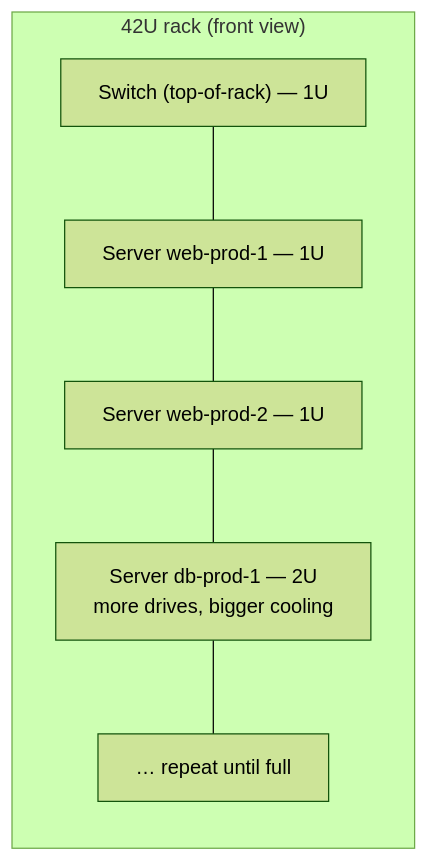
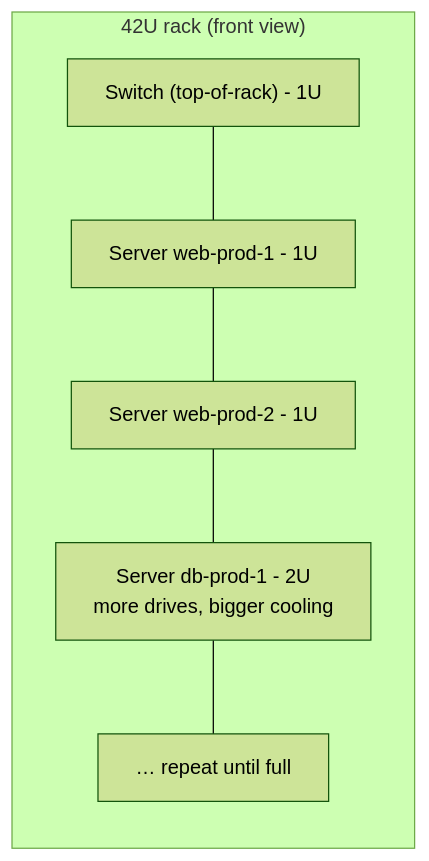
The first of 3 diagrams in guides/hardware/inside-a-server-and-data-center/01-a-server-vs-your-laptop.md (Topurrra/themissingmanual), drawn with Mermaid (forest theme) before and after one commit. The commit also changed other lines of this file and 1072 other files, not shown here.

````diff
--- a/guides/hardware/inside-a-server-and-data-center/01-a-server-vs-your-laptop.md
+++ b/guides/hardware/inside-a-server-and-data-center/01-a-server-vs-your-laptop.md
@@ -59,12 +59,12 @@
 ```mermaid
 flowchart TD
   subgraph Rack["42U rack (front view)"]
     direction TB
-    SW["Switch (top-of-rack) — 1U"]
-    S1["Server web-prod-1 — 1U"]
-    S2["Server web-prod-2 — 1U"]
-    DB["Server db-prod-1 — 2U<br/>more drives, bigger cooling"]
+    SW["Switch (top-of-rack) - 1U"]
+    S1["Server web-prod-1 - 1U"]
+    S2["Server web-prod-2 - 1U"]
+    DB["Server db-prod-1 - 2U<br/>more drives, bigger cooling"]
     More["… repeat until full"]
   end
   SW --- S1 --- S2 --- DB --- More
 ```
````
